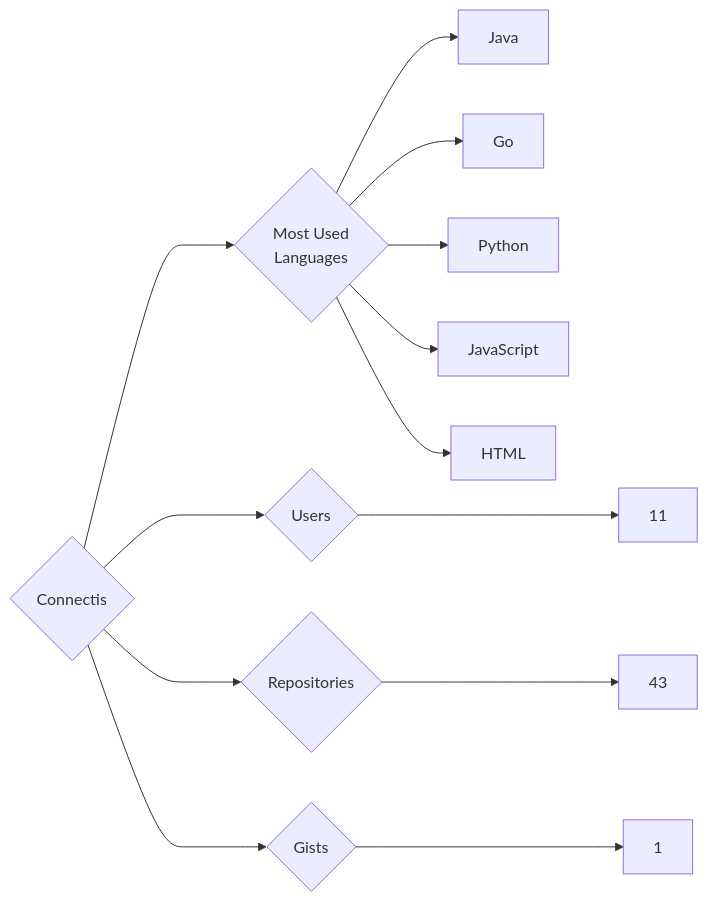
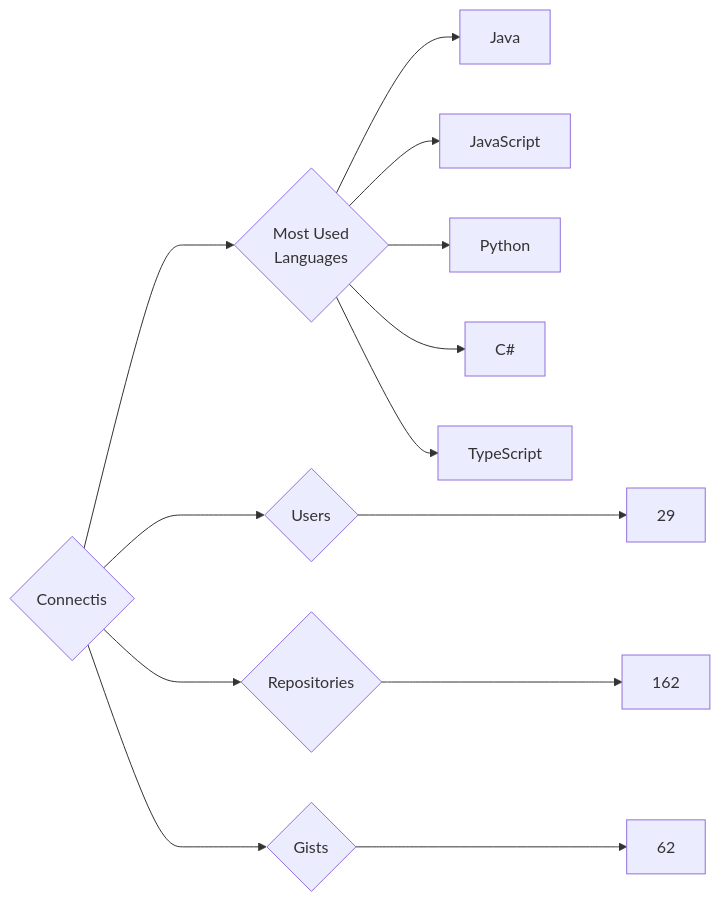
The diagram in targets/Connectis/README.md (trickest/insiders), drawn with Mermaid before and after one commit. The commit also changed 932 other files, not shown here.

````diff
--- a/targets/Connectis/README.md
+++ b/targets/Connectis/README.md
@@ -3,13 +3,13 @@
 ```mermaid
 graph LR
 COMPANY_NAME{Connectis}
-COMPANY_NAME ---> U{Users} ---> UN[11]
-COMPANY_NAME ---> R{Repositories} ---> RN[43]
-COMPANY_NAME ---> G{Gists} ---> GN[1]
+COMPANY_NAME ---> U{Users} ---> UN[29]
+COMPANY_NAME ---> R{Repositories} ---> RN[162]
+COMPANY_NAME ---> G{Gists} ---> GN[62]
 COMPANY_NAME ---> ML{Most Used<br>Languages}
 ML --> Java[Java]
-ML --> Go[Go]
+ML --> JavaScript[JavaScript]
 ML --> Python[Python]
-ML --> JavaScript[JavaScript]
-ML --> HTML[HTML]
+ML --> C#[C#]
+ML --> TypeScript[TypeScript]
 ```
````
